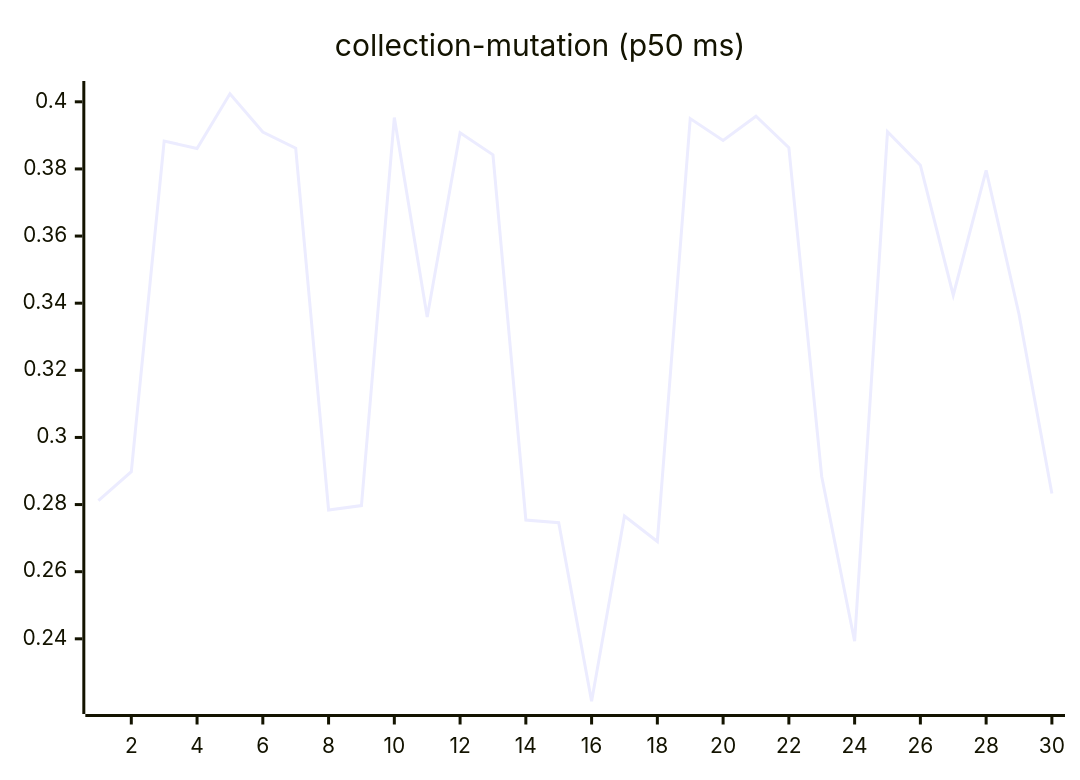
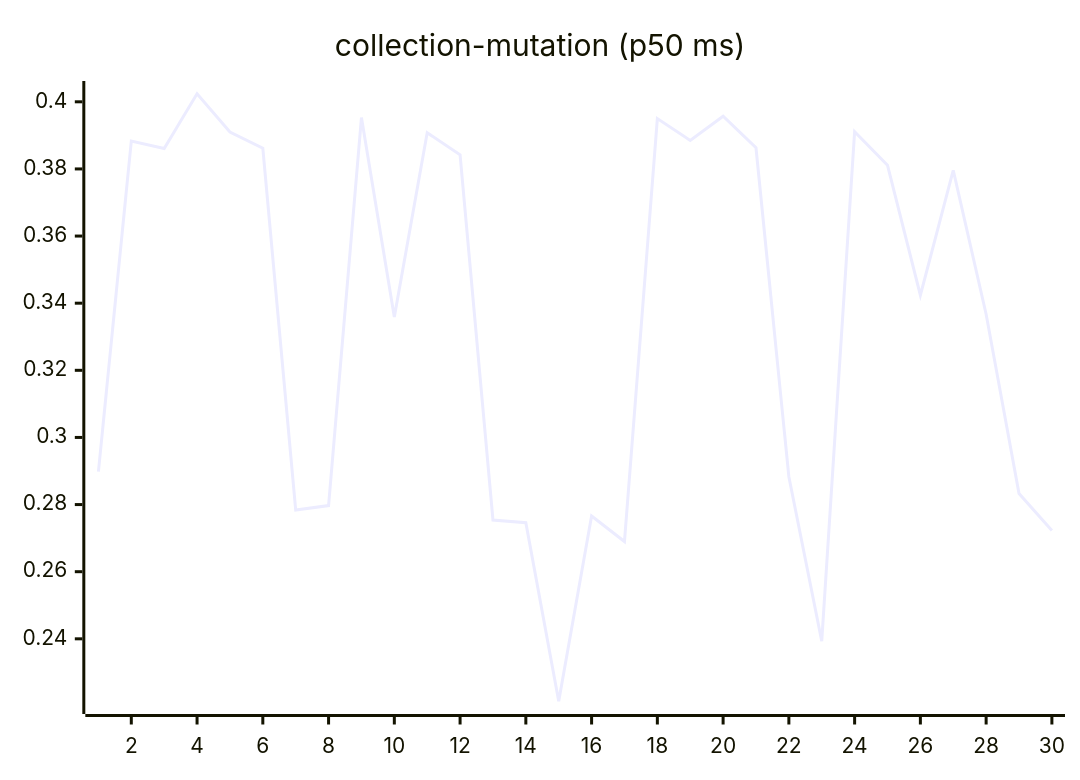
The sixth of 27 diagrams in README.md (josha/Facet), drawn with Mermaid before and after one commit. The commit also changed other lines of this file and 2 other files, not shown here.

````diff
--- a/README.md
+++ b/README.md
@@ -98,6 +98,6 @@
 ```mermaid
 xychart-beta
     title "collection-mutation (p50 ms)"
     x-axis 1 --> 30
-    line [0.2812, 0.2898, 0.3883, 0.3861, 0.4024, 0.3910, 0.3862, 0.2784, 0.2797, 0.3953, 0.3359, 0.3908, 0.3842, 0.2754, 0.2746, 0.2214, 0.2766, 0.2690, 0.3950, 0.3885, 0.3957, 0.3863, 0.2883, 0.2393, 0.3911, 0.3811, 0.3424, 0.3796, 0.3367, 0.2833]
+    line [0.2898, 0.3883, 0.3861, 0.4024, 0.3910, 0.3862, 0.2784, 0.2797, 0.3953, 0.3359, 0.3908, 0.3842, 0.2754, 0.2746, 0.2214, 0.2766, 0.2690, 0.3950, 0.3885, 0.3957, 0.3863, 0.2883, 0.2393, 0.3911, 0.3811, 0.3424, 0.3796, 0.3367, 0.2833, 0.2723]
 ```
````
